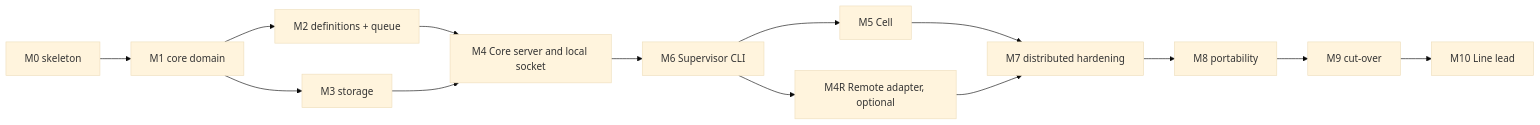
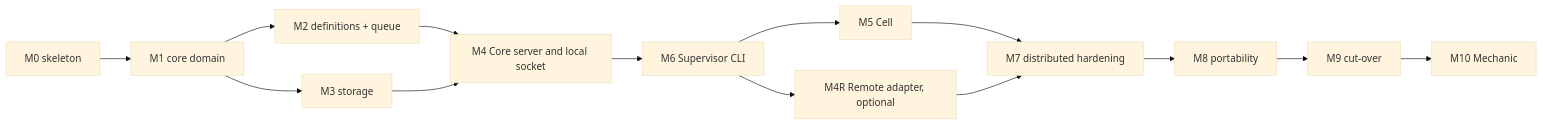
The diagram in docs/ROADMAP.md (xyashino/software-factory), drawn with Mermaid (base theme) before and after one commit. The commit also changed other lines of this file and 3 other files, not shown here.

````diff
--- a/docs/ROADMAP.md
+++ b/docs/ROADMAP.md
@@ -51,16 +51,16 @@
 ```mermaid
 flowchart LR
   M0[M0 skeleton] --> M1[M1 core domain]
   M1 --> M2[M2 definitions + queue]
   M1 --> M3[M3 storage]
   M2 --> M4[M4 Core server and local socket]
   M3 --> M4
   M4 --> M6[M6 Supervisor CLI]
   M6 --> M5[M5 Cell]
   M6 --> M4R[M4R Remote adapter, optional]
   M5 --> M7[M7 distributed hardening]
   M4R --> M7
   M7 --> M8[M8 portability]
   M8 --> M9[M9 cut-over]
-  M9 --> M10[M10 Line lead]
+  M9 --> M10[M10 Mechanic]
 ```
````
